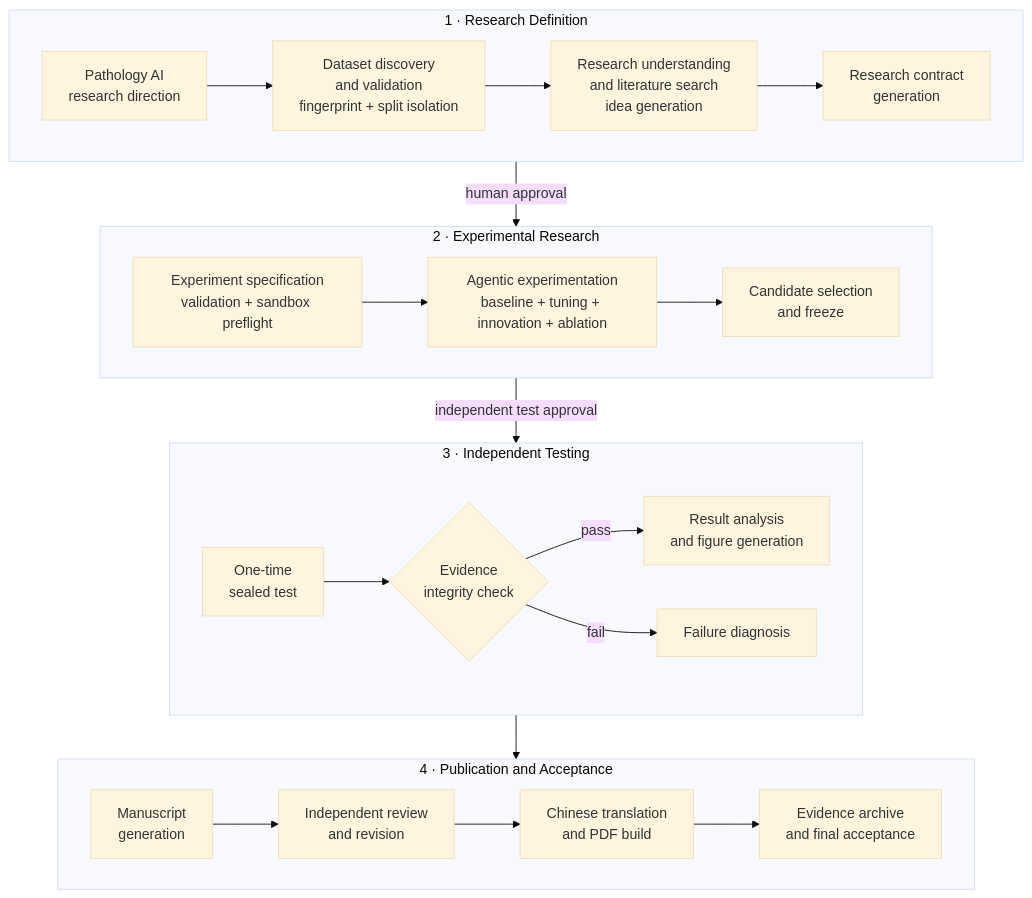
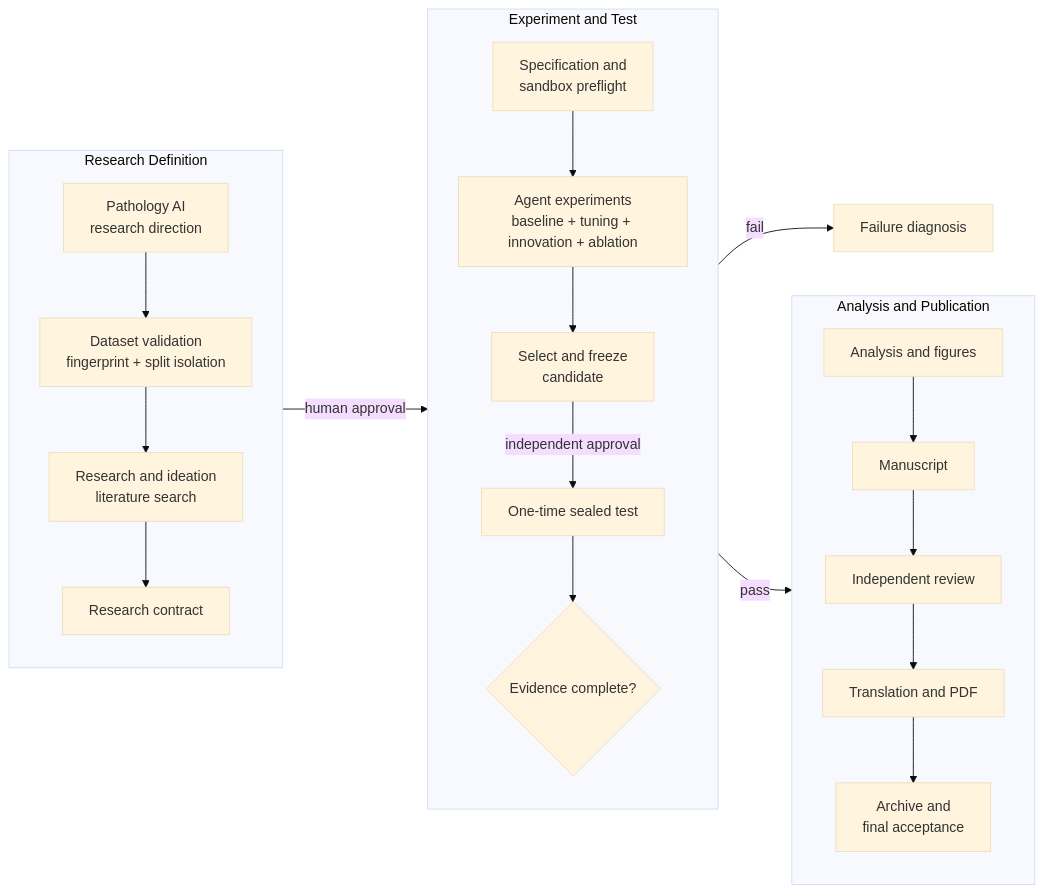
One commit to fearless239/pathology-ai-scientist changed the diagram in README.md. Above: the diagram before and after it, drawn with Mermaid (base theme). The commit also changed 1 other file, not shown here.

Commit message:
docs: compact research workflow diagram

````diff
--- a/README.md
+++ b/README.md
@@ -191,33 +191,29 @@
 ```mermaid
-flowchart TB
-  subgraph PHASE1["1 · Research Definition"]
-    direction LR
-    Q[Pathology AI<br/>research direction] --> D[Dataset discovery<br/>and validation<br/>fingerprint + split isolation]
-    D --> R[Research understanding<br/>and literature search<br/>idea generation]
-    R --> C[Research contract<br/>generation]
+flowchart LR
+  subgraph DEFINE["Research Definition"]
+    direction TB
+    Q[Pathology AI<br/>research direction] --> D[Dataset validation<br/>fingerprint + split isolation]
+    D --> R[Research and ideation<br/>literature search]
+    R --> C[Research contract]
   end
 
-  subgraph PHASE2["2 · Experimental Research"]
-    direction LR
-    P[Experiment specification<br/>validation + sandbox preflight] --> E[Agentic experimentation<br/>baseline + tuning + innovation + ablation]
-    E --> S[Candidate selection<br/>and freeze]
+  subgraph TEST["Experiment and Test"]
+    direction TB
+    P[Specification and<br/>sandbox preflight] --> E[Agent experiments<br/>baseline + tuning + innovation + ablation]
+    E --> S[Select and freeze<br/>candidate]
+    S -->|independent approval| T[One-time sealed test]
+    T --> I{Evidence complete?}
   end
 
-  subgraph PHASE3["3 · Independent Testing"]
-    direction LR
-    T[One-time<br/>sealed test] --> I{Evidence<br/>integrity check}
-    I -->|pass| A[Result analysis<br/>and figure generation]
-    I -->|fail| X[Failure diagnosis]
-  end
-
-  subgraph PHASE4["4 · Publication and Acceptance"]
-    direction LR
-    W[Manuscript<br/>generation] --> V[Independent review<br/>and revision]
-    V --> L[Chinese translation<br/>and PDF build]
-    L --> Z[Evidence archive<br/>and final acceptance]
+  subgraph PUBLISH["Analysis and Publication"]
+    direction TB
+    A[Analysis and figures] --> W[Manuscript]
+    W --> V[Independent review]
+    V --> L[Translation and PDF]
+    L --> Z[Archive and<br/>final acceptance]
   end
 
   C -->|human approval| P
-  S -->|independent test approval| T
-  A --> W
+  I -->|pass| A
+  I -->|fail| X[Failure diagnosis]
 ```
````
